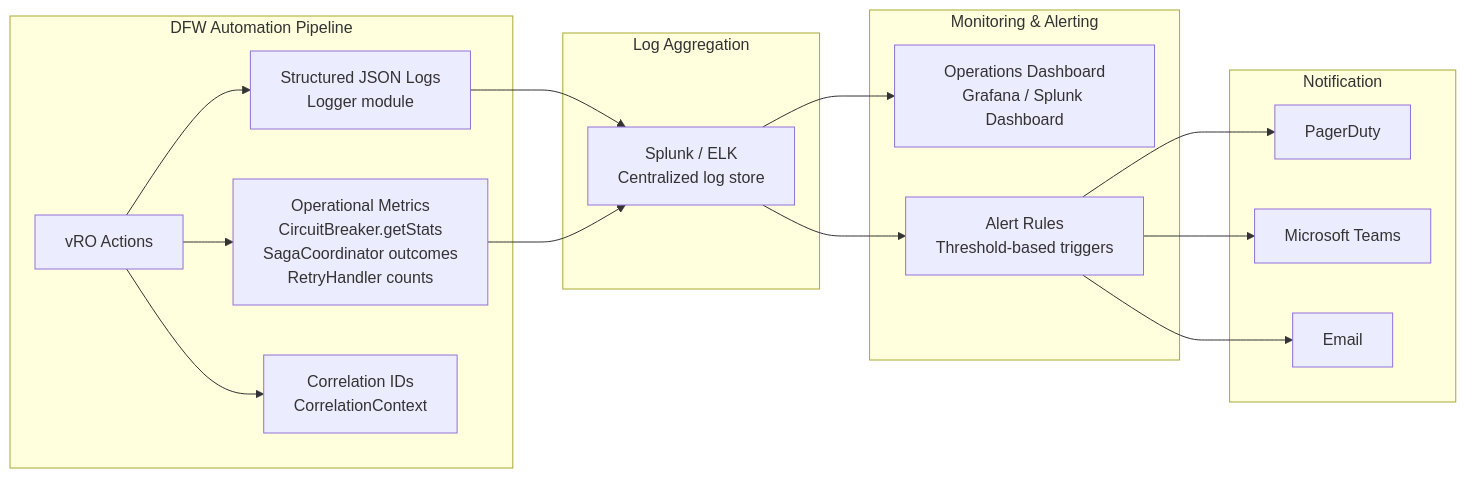
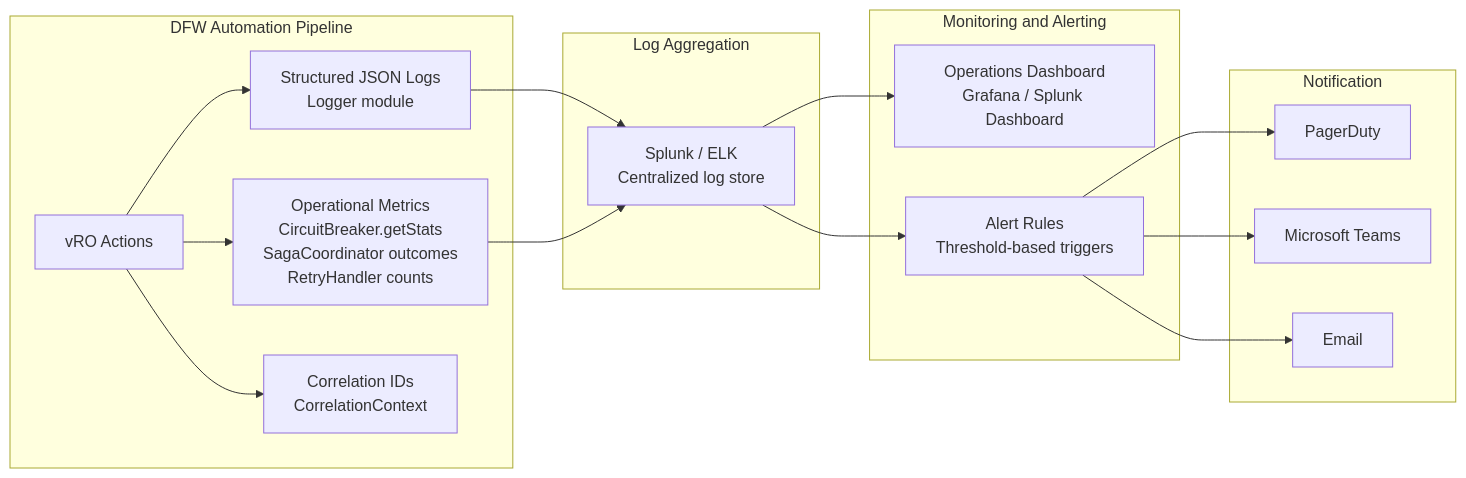
One commit to srikanth-nalam/dfw-automation-pipeline changed diagram 13 of 15 in docs/HLD.md. Above: the diagram before and after it, drawn with Mermaid. The commit also changed other lines of this file and 12 other files, not shown here.

First line of the commit message:
fix: resolve Mermaid diagram rendering issues across all docs

````diff
--- a/docs/HLD.md
+++ b/docs/HLD.md
@@ -817,35 +817,35 @@
 ```mermaid
 graph LR
     subgraph Pipeline ["DFW Automation Pipeline"]
         VRO["vRO Actions"]
         LOG["Structured JSON Logs\nLogger module"]
         METRICS["Operational Metrics\nCircuitBreaker.getStats\nSagaCoordinator outcomes\nRetryHandler counts"]
         CORR["Correlation IDs\nCorrelationContext"]
     end
 
     subgraph Aggregation ["Log Aggregation"]
         SPLUNK["Splunk / ELK\nCentralized log store"]
     end
 
-    subgraph Monitoring ["Monitoring & Alerting"]
+    subgraph Monitoring ["Monitoring and Alerting"]
         DASH["Operations Dashboard\nGrafana / Splunk Dashboard"]
         ALERTS["Alert Rules\nThreshold-based triggers"]
     end
 
     subgraph Notification ["Notification"]
         PD[PagerDuty]
         TEAMS[Microsoft Teams]
         EMAIL[Email]
     end
 
     VRO --> LOG
     VRO --> METRICS
     VRO --> CORR
     LOG --> SPLUNK
     METRICS --> SPLUNK
     SPLUNK --> DASH
     SPLUNK --> ALERTS
     ALERTS --> PD
     ALERTS --> TEAMS
     ALERTS --> EMAIL
 ```
````
